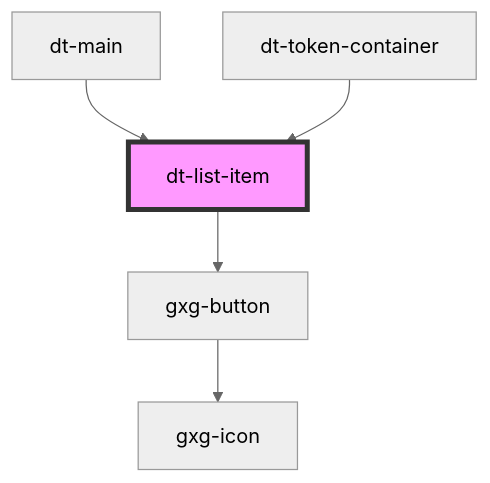
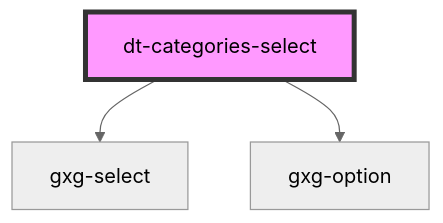
The diagram in src/components/categories-select/readme.md (genexuslabs/design-tokens-editor), drawn with Mermaid (neutral theme) before and after one commit. The commit also changed other lines of this file and 8 other files, not shown here.

````diff
--- a/src/components/categories-select/readme.md
+++ b/src/components/categories-select/readme.md
@@ -50,8 +23,6 @@
 ```mermaid
 graph TD;
-  dt-list-item --> gxg-button
-  gxg-button --> gxg-icon
-  dt-main --> dt-list-item
-  dt-token-container --> dt-list-item
-  style dt-list-item fill:#f9f,stroke:#333,stroke-width:4px
+  dt-categories-select --> gxg-select
+  dt-categories-select --> gxg-option
+  style dt-categories-select fill:#f9f,stroke:#333,stroke-width:4px
 ```
````
